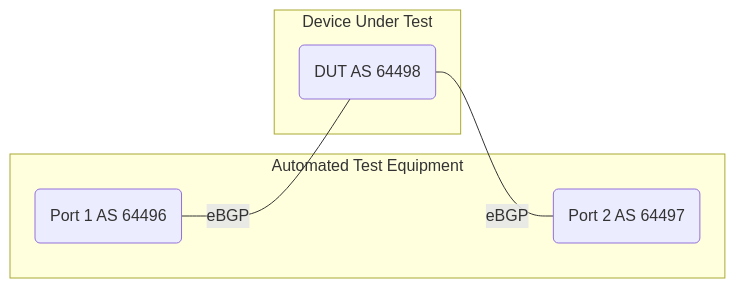
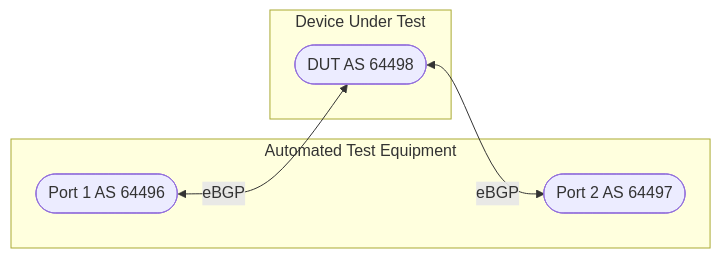
The diagram in feature/bgp/otg_tests/bgp_disable_peer_as_filter_test/README.md (openconfig/featureprofiles), drawn with Mermaid before and after one commit. The commit also changed other lines of this file, not shown here.

````diff
--- a/feature/bgp/otg_tests/bgp_disable_peer_as_filter_test/README.md
+++ b/feature/bgp/otg_tests/bgp_disable_peer_as_filter_test/README.md
@@ -13,14 +13,14 @@
 ```mermaid
 flowchart LR
-    subgraph ATE [Automated Test Equipment]
-        ATE1(Port 1 AS 64496)
-        ATE2(Port 2 AS 64497)
+    subgraph ATE ["Automated Test Equipment"]
+        ATE1(["Port 1 AS 64496"])
+        ATE2(["Port 2 AS 64497"])
     end
 
-    subgraph DUT_Domain [Device Under Test]
-        DUT(DUT AS 64498)
+    subgraph DUT_Domain ["Device Under Test"]
+        DUT(["DUT AS 64498"])
     end
 
-    ATE1 ---|eBGP| DUT
-    DUT ---|eBGP| ATE2
+    ATE1 <-->|eBGP| DUT
+    DUT <-->|eBGP| ATE2
 ```
````
